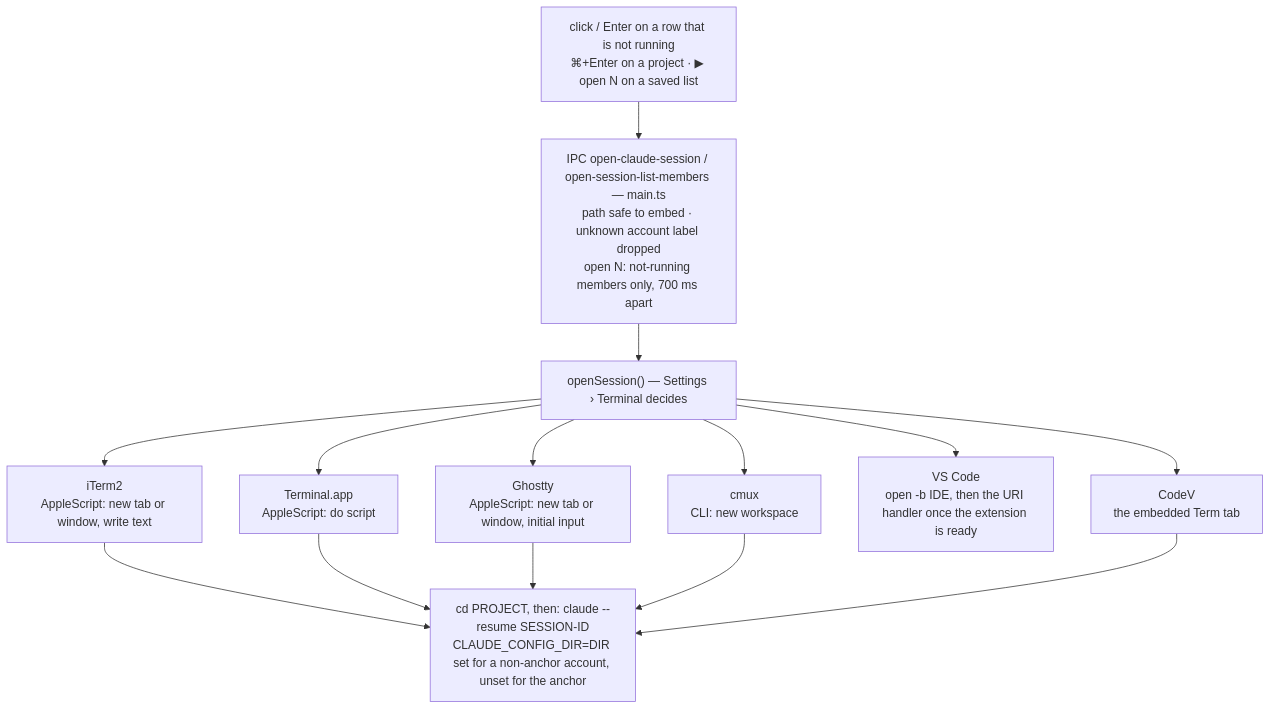
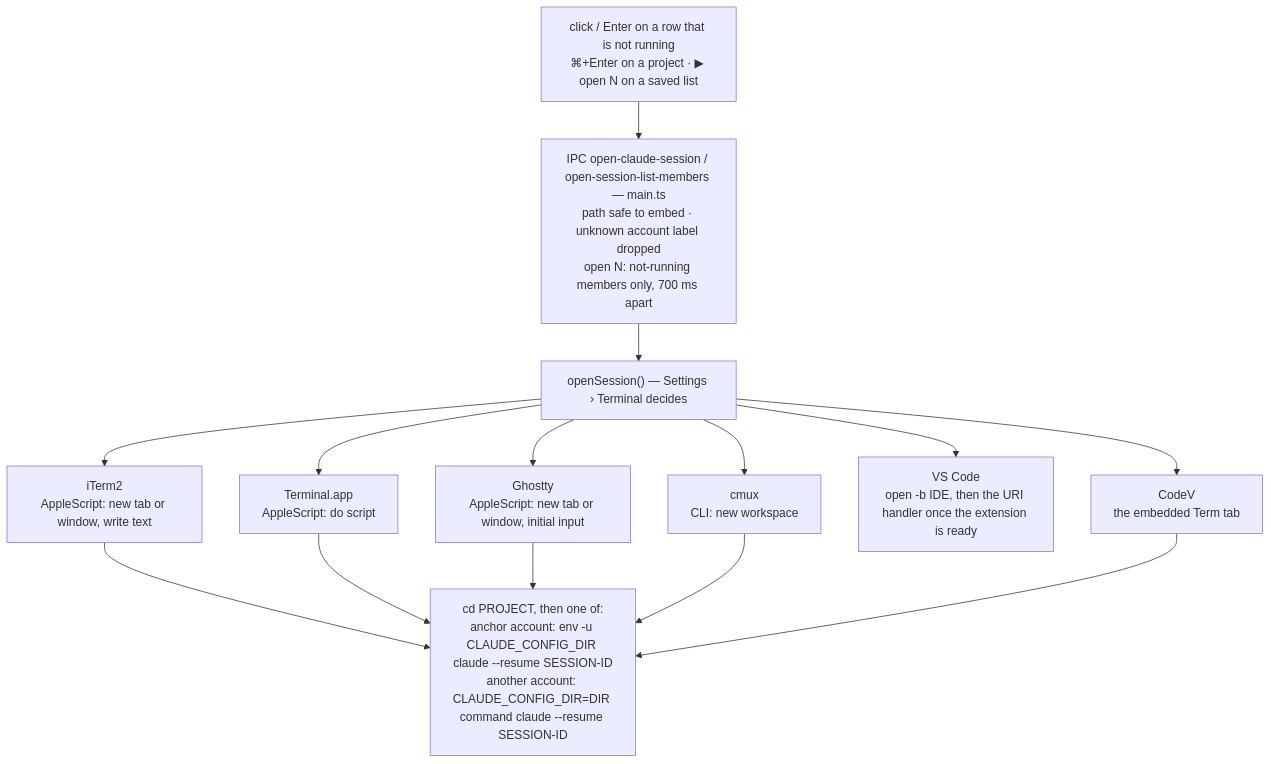
The second of 3 diagrams in docs/claude-session-integration-design.md (grimmerk/codev), drawn with Mermaid before and after one commit.

Commit message:
docs: show both resume command forms in the launch diagram
Review round 1 on #173: the node showed a bare claude --resume, which neither form is.

````diff
--- a/docs/claude-session-integration-design.md
+++ b/docs/claude-session-integration-design.md
@@ -225,25 +225,25 @@
 ```mermaid
 flowchart TB
   CLICK["click / Enter on a row that is not running<br/>⌘+Enter on a project · ▶ open N on a saved list"]
   IPC["IPC open-claude-session / open-session-list-members — main.ts<br/>path safe to embed · unknown account label dropped<br/>open N: not-running members only, 700 ms apart"]
   OS["openSession() — Settings › Terminal decides"]
   IT["iTerm2<br/>AppleScript: new tab or window, write text"]
   TA["Terminal.app<br/>AppleScript: do script"]
   GH["Ghostty<br/>AppleScript: new tab or window, initial input"]
   CM["cmux<br/>CLI: new workspace"]
   VS["VS Code<br/>open -b IDE, then the URI handler once the extension is ready"]
   CV["CodeV<br/>the embedded Term tab"]
-  CMD["cd PROJECT, then: claude --resume SESSION-ID<br/>CLAUDE_CONFIG_DIR=DIR set for a non-anchor account, unset for the anchor"]
+  CMD["cd PROJECT, then one of:<br/>anchor account: env -u CLAUDE_CONFIG_DIR claude --resume SESSION-ID<br/>another account: CLAUDE_CONFIG_DIR=DIR command claude --resume SESSION-ID"]
   CLICK --> IPC --> OS
   OS --> IT
   OS --> TA
   OS --> GH
   OS --> CM
   OS --> CV
   OS --> VS
   IT --> CMD
   TA --> CMD
   GH --> CMD
   CM --> CMD
   CV --> CMD
 ```
````
